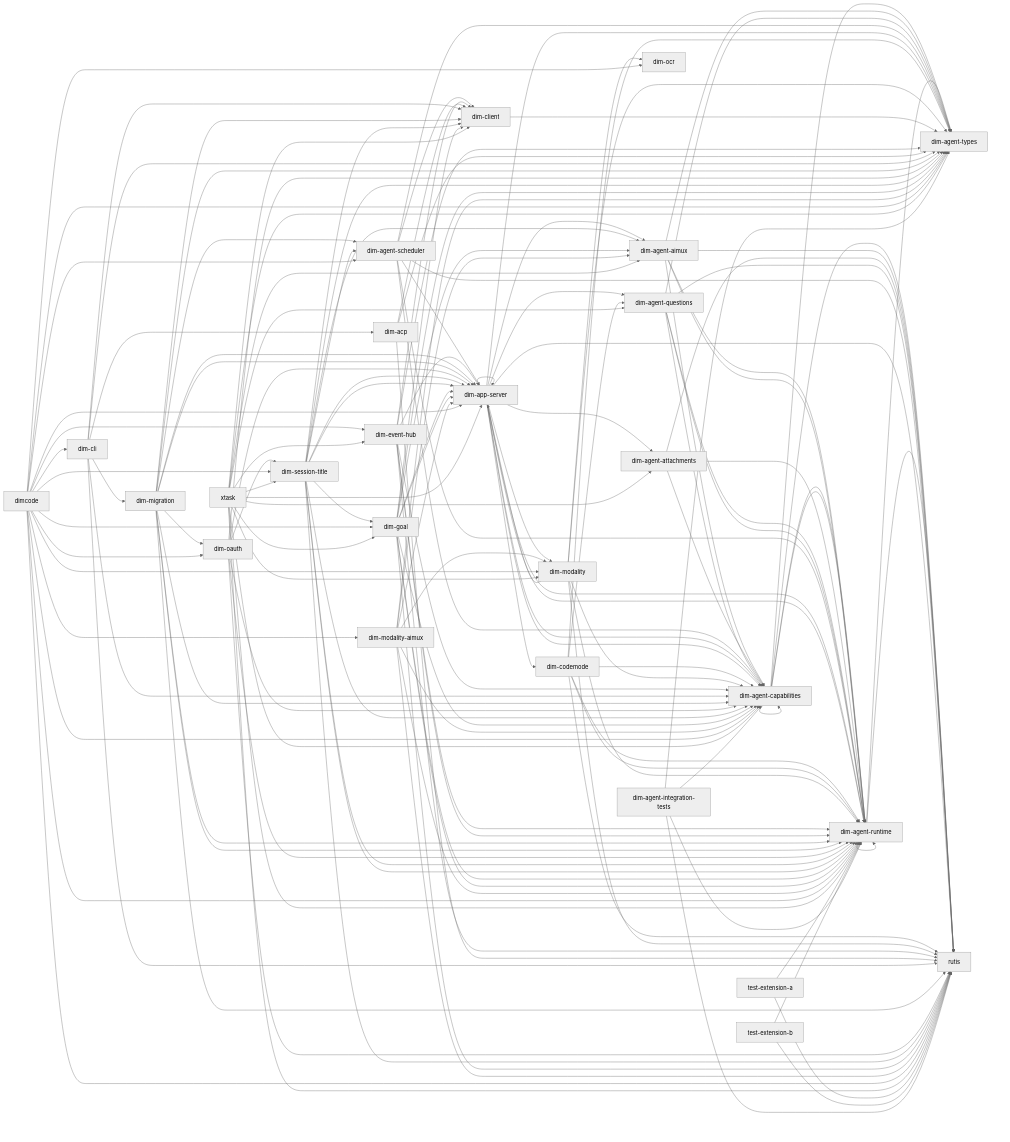
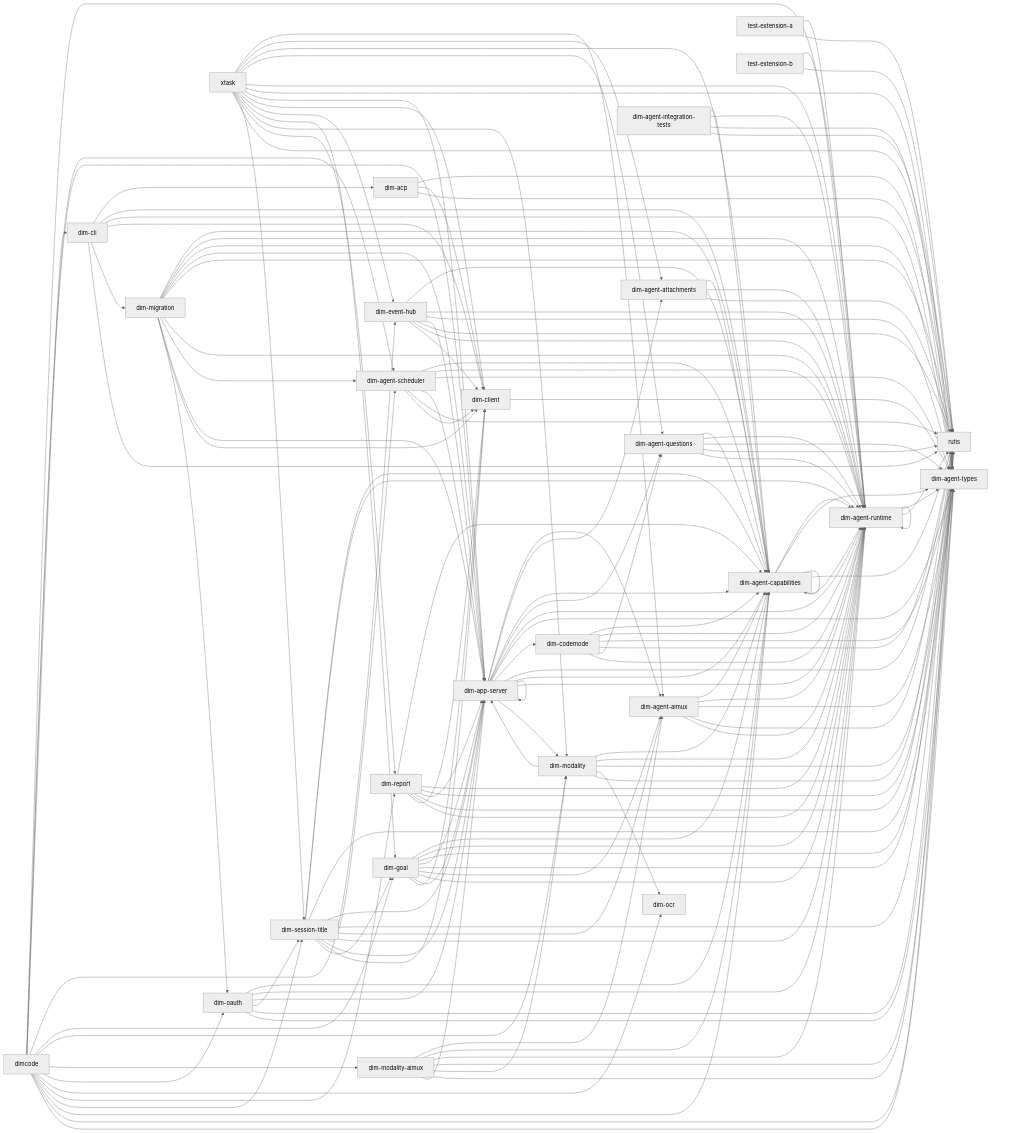
One commit to CoutinhoTTS/dim-agent changed the diagram in docs/architecture/rust-agent/generated/crates.mmd. Above: the diagram before and after it, drawn with Mermaid (neutral theme). The commit also changed 24 other files, not shown here.

```diff
--- a/docs/architecture/rust-agent/generated/crates.mmd
+++ b/docs/architecture/rust-agent/generated/crates.mmd
@@ -1,148 +1,157 @@
 %% Generated from cargo metadata; do not edit.
 flowchart LR
   dim_agent_runtime["dim-agent-runtime"] --> dim_agent_types["dim-agent-types"]
   dim_agent_runtime["dim-agent-runtime"] --> rutis["rutis"]
   dim_agent_runtime["dim-agent-runtime"] --> dim_agent_runtime["dim-agent-runtime"]
   dim_agent_capabilities["dim-agent-capabilities"] --> dim_agent_runtime["dim-agent-runtime"]
   dim_agent_capabilities["dim-agent-capabilities"] --> dim_agent_types["dim-agent-types"]
   dim_agent_capabilities["dim-agent-capabilities"] --> rutis["rutis"]
   dim_agent_capabilities["dim-agent-capabilities"] --> dim_agent_capabilities["dim-agent-capabilities"]
   dim_agent_capabilities["dim-agent-capabilities"] --> dim_agent_runtime["dim-agent-runtime"]
   dim_agent_aimux["dim-agent-aimux"] --> dim_agent_capabilities["dim-agent-capabilities"]
   dim_agent_aimux["dim-agent-aimux"] --> dim_agent_runtime["dim-agent-runtime"]
   dim_agent_aimux["dim-agent-aimux"] --> dim_agent_types["dim-agent-types"]
   dim_agent_aimux["dim-agent-aimux"] --> rutis["rutis"]
   dim_agent_aimux["dim-agent-aimux"] --> dim_agent_runtime["dim-agent-runtime"]
   dim_agent_attachments["dim-agent-attachments"] --> dim_agent_capabilities["dim-agent-capabilities"]
   dim_agent_attachments["dim-agent-attachments"] --> dim_agent_runtime["dim-agent-runtime"]
   dim_agent_attachments["dim-agent-attachments"] --> rutis["rutis"]
   dim_agent_questions["dim-agent-questions"] --> dim_agent_capabilities["dim-agent-capabilities"]
   dim_agent_questions["dim-agent-questions"] --> dim_agent_runtime["dim-agent-runtime"]
   dim_agent_questions["dim-agent-questions"] --> dim_agent_types["dim-agent-types"]
   dim_agent_questions["dim-agent-questions"] --> rutis["rutis"]
   dim_agent_questions["dim-agent-questions"] --> dim_agent_runtime["dim-agent-runtime"]
   dim_agent_scheduler["dim-agent-scheduler"] --> dim_agent_capabilities["dim-agent-capabilities"]
   dim_agent_scheduler["dim-agent-scheduler"] --> dim_agent_runtime["dim-agent-runtime"]
   dim_agent_scheduler["dim-agent-scheduler"] --> dim_agent_types["dim-agent-types"]
   dim_agent_scheduler["dim-agent-scheduler"] --> dim_app_server["dim-app-server"]
   dim_agent_scheduler["dim-agent-scheduler"] --> rutis["rutis"]
   dim_agent_scheduler["dim-agent-scheduler"] --> dim_client["dim-client"]
   dim_app_server["dim-app-server"] --> dim_agent_aimux["dim-agent-aimux"]
   dim_app_server["dim-app-server"] --> dim_agent_attachments["dim-agent-attachments"]
   dim_app_server["dim-app-server"] --> dim_agent_capabilities["dim-agent-capabilities"]
   dim_app_server["dim-app-server"] --> dim_agent_questions["dim-agent-questions"]
   dim_app_server["dim-app-server"] --> dim_agent_runtime["dim-agent-runtime"]
   dim_app_server["dim-app-server"] --> dim_agent_types["dim-agent-types"]
   dim_app_server["dim-app-server"] --> dim_codemode["dim-codemode"]
   dim_app_server["dim-app-server"] --> rutis["rutis"]
   dim_app_server["dim-app-server"] --> dim_agent_capabilities["dim-agent-capabilities"]
   dim_app_server["dim-app-server"] --> dim_agent_runtime["dim-agent-runtime"]
   dim_app_server["dim-app-server"] --> dim_app_server["dim-app-server"]
   dim_app_server["dim-app-server"] --> dim_modality["dim-modality"]
   dim_codemode["dim-codemode"] --> dim_agent_capabilities["dim-agent-capabilities"]
   dim_codemode["dim-codemode"] --> dim_agent_runtime["dim-agent-runtime"]
   dim_codemode["dim-codemode"] --> dim_agent_types["dim-agent-types"]
   dim_codemode["dim-codemode"] --> rutis["rutis"]
   dim_codemode["dim-codemode"] --> dim_agent_questions["dim-agent-questions"]
   dim_codemode["dim-codemode"] --> dim_agent_runtime["dim-agent-runtime"]
   dim_modality["dim-modality"] --> dim_agent_capabilities["dim-agent-capabilities"]
   dim_modality["dim-modality"] --> dim_agent_runtime["dim-agent-runtime"]
   dim_modality["dim-modality"] --> dim_agent_types["dim-agent-types"]
   dim_modality["dim-modality"] --> dim_app_server["dim-app-server"]
   dim_modality["dim-modality"] --> dim_ocr["dim-ocr"]
   dim_modality["dim-modality"] --> rutis["rutis"]
   dim_client["dim-client"] --> dim_agent_types["dim-agent-types"]
   dim_event_hub["dim-event-hub"] --> dim_agent_capabilities["dim-agent-capabilities"]
   dim_event_hub["dim-event-hub"] --> dim_agent_runtime["dim-agent-runtime"]
   dim_event_hub["dim-event-hub"] --> dim_agent_types["dim-agent-types"]
   dim_event_hub["dim-event-hub"] --> dim_app_server["dim-app-server"]
   dim_event_hub["dim-event-hub"] --> rutis["rutis"]
   dim_event_hub["dim-event-hub"] --> dim_agent_runtime["dim-agent-runtime"]
   dim_event_hub["dim-event-hub"] --> dim_client["dim-client"]
   dim_acp["dim-acp"] --> dim_agent_types["dim-agent-types"]
   dim_acp["dim-acp"] --> dim_client["dim-client"]
   dim_acp["dim-acp"] --> rutis["rutis"]
   dim_cli["dim-cli"] --> dim_acp["dim-acp"]
   dim_cli["dim-cli"] --> dim_agent_capabilities["dim-agent-capabilities"]
   dim_cli["dim-cli"] --> dim_agent_types["dim-agent-types"]
   dim_cli["dim-cli"] --> dim_client["dim-client"]
   dim_cli["dim-cli"] --> dim_migration["dim-migration"]
   dim_cli["dim-cli"] --> rutis["rutis"]
   dim_migration["dim-migration"] --> dim_agent_capabilities["dim-agent-capabilities"]
   dim_migration["dim-migration"] --> dim_agent_runtime["dim-agent-runtime"]
   dim_migration["dim-migration"] --> dim_agent_types["dim-agent-types"]
   dim_migration["dim-migration"] --> dim_app_server["dim-app-server"]
   dim_migration["dim-migration"] --> rutis["rutis"]
   dim_migration["dim-migration"] --> dim_agent_runtime["dim-agent-runtime"]
   dim_migration["dim-migration"] --> dim_agent_scheduler["dim-agent-scheduler"]
   dim_migration["dim-migration"] --> dim_app_server["dim-app-server"]
   dim_migration["dim-migration"] --> dim_client["dim-client"]
   dim_migration["dim-migration"] --> dim_oauth["dim-oauth"]
   dim_oauth["dim-oauth"] --> dim_agent_capabilities["dim-agent-capabilities"]
   dim_oauth["dim-oauth"] --> dim_agent_runtime["dim-agent-runtime"]
   dim_oauth["dim-oauth"] --> dim_app_server["dim-app-server"]
   dim_oauth["dim-oauth"] --> dim_session_title["dim-session-title"]
   dim_oauth["dim-oauth"] --> rutis["rutis"]
   dim_oauth["dim-oauth"] --> dim_agent_types["dim-agent-types"]
   dim_session_title["dim-session-title"] --> dim_agent_capabilities["dim-agent-capabilities"]
   dim_session_title["dim-session-title"] --> dim_agent_runtime["dim-agent-runtime"]
   dim_session_title["dim-session-title"] --> dim_agent_types["dim-agent-types"]
   dim_session_title["dim-session-title"] --> dim_app_server["dim-app-server"]
   dim_session_title["dim-session-title"] --> rutis["rutis"]
   dim_session_title["dim-session-title"] --> dim_agent_aimux["dim-agent-aimux"]
   dim_session_title["dim-session-title"] --> dim_agent_runtime["dim-agent-runtime"]
   dim_session_title["dim-session-title"] --> dim_agent_scheduler["dim-agent-scheduler"]
   dim_session_title["dim-session-title"] --> dim_app_server["dim-app-server"]
   dim_session_title["dim-session-title"] --> dim_client["dim-client"]
   dim_session_title["dim-session-title"] --> dim_goal["dim-goal"]
   dim_goal["dim-goal"] --> dim_agent_capabilities["dim-agent-capabilities"]
   dim_goal["dim-goal"] --> dim_agent_runtime["dim-agent-runtime"]
   dim_goal["dim-goal"] --> dim_agent_types["dim-agent-types"]
   dim_goal["dim-goal"] --> dim_app_server["dim-app-server"]
   dim_goal["dim-goal"] --> rutis["rutis"]
   dim_goal["dim-goal"] --> dim_agent_aimux["dim-agent-aimux"]
   dim_goal["dim-goal"] --> dim_agent_runtime["dim-agent-runtime"]
   dim_goal["dim-goal"] --> dim_app_server["dim-app-server"]
   dim_goal["dim-goal"] --> dim_client["dim-client"]
+  dim_report["dim-report"] --> dim_agent_capabilities["dim-agent-capabilities"]
+  dim_report["dim-report"] --> dim_agent_runtime["dim-agent-runtime"]
+  dim_report["dim-report"] --> dim_agent_types["dim-agent-types"]
+  dim_report["dim-report"] --> dim_app_server["dim-app-server"]
+  dim_report["dim-report"] --> rutis["rutis"]
+  dim_report["dim-report"] --> dim_agent_runtime["dim-agent-runtime"]
+  dim_report["dim-report"] --> dim_client["dim-client"]
   dim_modality_aimux["dim-modality-aimux"] --> dim_agent_aimux["dim-agent-aimux"]
   dim_modality_aimux["dim-modality-aimux"] --> dim_agent_capabilities["dim-agent-capabilities"]
   dim_modality_aimux["dim-modality-aimux"] --> dim_agent_runtime["dim-agent-runtime"]
   dim_modality_aimux["dim-modality-aimux"] --> dim_agent_types["dim-agent-types"]
   dim_modality_aimux["dim-modality-aimux"] --> dim_modality["dim-modality"]
   dim_modality_aimux["dim-modality-aimux"] --> rutis["rutis"]
   dim_modality_aimux["dim-modality-aimux"] --> dim_app_server["dim-app-server"]
   dimcode["dimcode"] --> dim_agent_runtime["dim-agent-runtime"]
   dimcode["dimcode"] --> dim_agent_scheduler["dim-agent-scheduler"]
   dimcode["dimcode"] --> dim_app_server["dim-app-server"]
   dimcode["dimcode"] --> dim_cli["dim-cli"]
   dimcode["dimcode"] --> dim_event_hub["dim-event-hub"]
   dimcode["dimcode"] --> dim_goal["dim-goal"]
   dimcode["dimcode"] --> dim_modality["dim-modality"]
   dimcode["dimcode"] --> dim_modality_aimux["dim-modality-aimux"]
   dimcode["dimcode"] --> dim_oauth["dim-oauth"]
   dimcode["dimcode"] --> dim_ocr["dim-ocr"]
+  dimcode["dimcode"] --> dim_report["dim-report"]
   dimcode["dimcode"] --> dim_session_title["dim-session-title"]
   dimcode["dimcode"] --> dim_agent_capabilities["dim-agent-capabilities"]
   dimcode["dimcode"] --> dim_agent_types["dim-agent-types"]
   dimcode["dimcode"] --> rutis["rutis"]
   xtask["xtask"] --> dim_agent_aimux["dim-agent-aimux"]
   xtask["xtask"] --> dim_agent_attachments["dim-agent-attachments"]
   xtask["xtask"] --> dim_agent_capabilities["dim-agent-capabilities"]
   xtask["xtask"] --> dim_agent_questions["dim-agent-questions"]
   xtask["xtask"] --> dim_agent_runtime["dim-agent-runtime"]
   xtask["xtask"] --> dim_agent_types["dim-agent-types"]
   xtask["xtask"] --> dim_app_server["dim-app-server"]
   xtask["xtask"] --> dim_client["dim-client"]
   xtask["xtask"] --> dim_event_hub["dim-event-hub"]
   xtask["xtask"] --> dim_goal["dim-goal"]
   xtask["xtask"] --> dim_modality["dim-modality"]
+  xtask["xtask"] --> dim_report["dim-report"]
   xtask["xtask"] --> dim_session_title["dim-session-title"]
   xtask["xtask"] --> rutis["rutis"]
   test_extension_a["test-extension-a"] --> dim_agent_runtime["dim-agent-runtime"]
   test_extension_a["test-extension-a"] --> rutis["rutis"]
   test_extension_b["test-extension-b"] --> dim_agent_runtime["dim-agent-runtime"]
   test_extension_b["test-extension-b"] --> rutis["rutis"]
   dim_agent_integration_tests["dim-agent-integration-tests"] --> dim_agent_capabilities["dim-agent-capabilities"]
   dim_agent_integration_tests["dim-agent-integration-tests"] --> dim_agent_runtime["dim-agent-runtime"]
   dim_agent_integration_tests["dim-agent-integration-tests"] --> dim_agent_types["dim-agent-types"]
   dim_agent_integration_tests["dim-agent-integration-tests"] --> rutis["rutis"]
```
